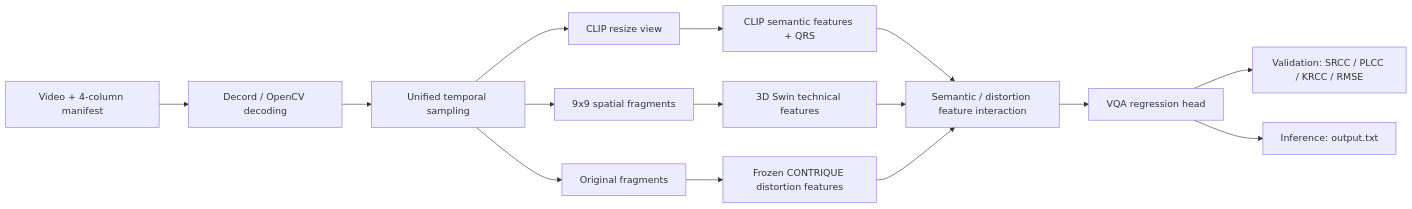
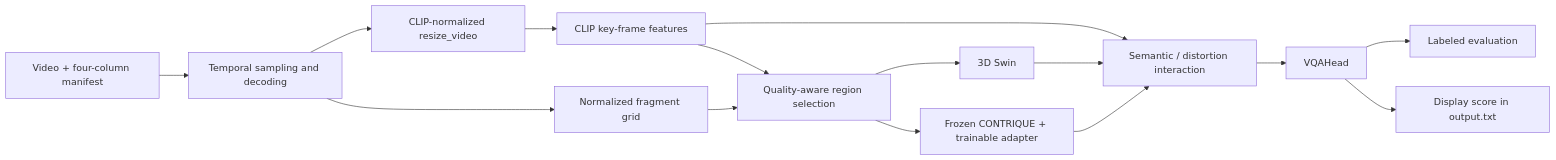
Before and after one commit to GrainRain0203/ksvqe-video-quality-assessment: the diagram in README.md, drawn with Mermaid. The commit also changed other lines of this file and 1 other file, not shown here.

````diff
--- a/README.md
+++ b/README.md
@@ -26,17 +28,17 @@
 ```mermaid
 flowchart LR
-    A["Video + 4-column manifest"] --> B["Decord / OpenCV decoding"]
-    B --> C["Unified temporal sampling"]
-    C --> D1["CLIP resize view"]
-    C --> D2["9x9 spatial fragments"]
-    C --> D3["Original fragments"]
-    D1 --> E1["CLIP semantic features + QRS"]
-    D2 --> E2["3D Swin technical features"]
-    D3 --> E3["Frozen CONTRIQUE distortion features"]
-    E1 --> F["Semantic / distortion feature interaction"]
-    E2 --> F
-    E3 --> F
-    F --> G["VQA regression head"]
-    G --> H1["Validation: SRCC / PLCC / KRCC / RMSE"]
-    G --> H2["Inference: output.txt"]
+    A["Video + four-column manifest"] --> B["Temporal sampling and decoding"]
+    B --> C["CLIP-normalized resize_video"]
+    B --> D["Normalized fragment grid"]
+    C --> E["CLIP key-frame features"]
+    E --> Q["Quality-aware region selection"]
+    D --> Q
+    Q --> S["3D Swin"]
+    Q --> F["Frozen CONTRIQUE + trainable adapter"]
+    E --> M["Semantic / distortion interaction"]
+    S --> M
+    F --> M
+    M --> H["VQAHead"]
+    H --> V["Labeled evaluation"]
+    H --> O["Display score in output.txt"]
 ```
````
